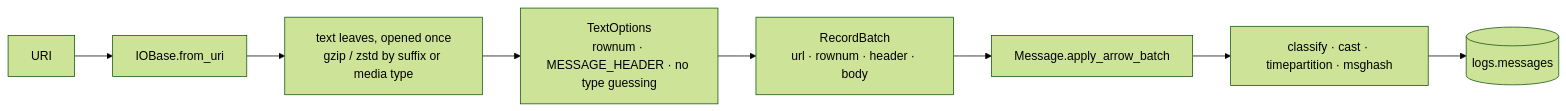
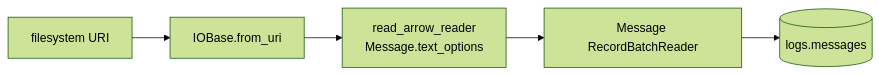
The diagram in docs/pipeline/tasks/parse-messages.md (Platob/yggfin), drawn with Mermaid (forest theme) before and after one commit. The commit also changed other lines of this file and 46 other files, not shown here.

````diff
--- a/docs/pipeline/tasks/parse-messages.md
+++ b/docs/pipeline/tasks/parse-messages.md
@@ -31,10 +29,7 @@
 ```mermaid
 flowchart LR
-    U[URI] --> A["IOBase.from_uri"]
-    A --> B["text leaves, opened once<br/>gzip / zstd by suffix or media type"]
-    B --> C["TextOptions<br/>rownum · MESSAGE_HEADER · no type guessing"]
-    C --> D["RecordBatch<br/>url · rownum · header · body"]
-    D --> E["Message.apply_arrow_batch"]
-    E --> F["classify · cast · timepartition · msghash"]
-    F --> G[("logs.messages")]
+    U["filesystem URI"] --> I["IOBase.from_uri"]
+    I --> T["read_arrow_reader<br/>Message.text_options"]
+    T --> B["Message RecordBatchReader"]
+    B --> W[("logs.messages")]
 ```
````
